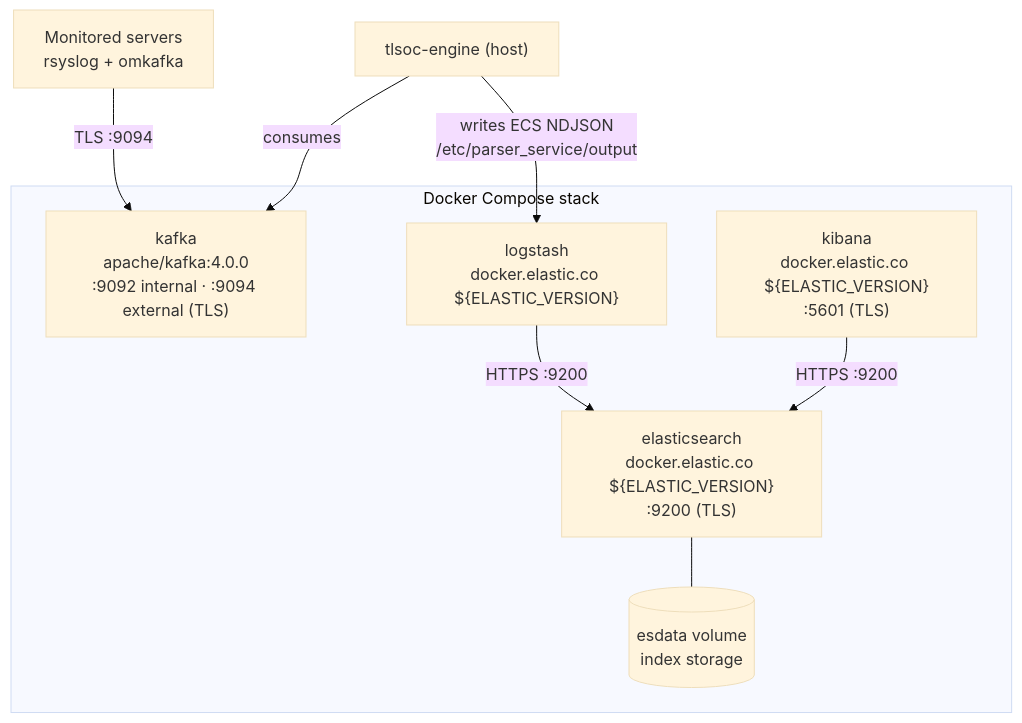
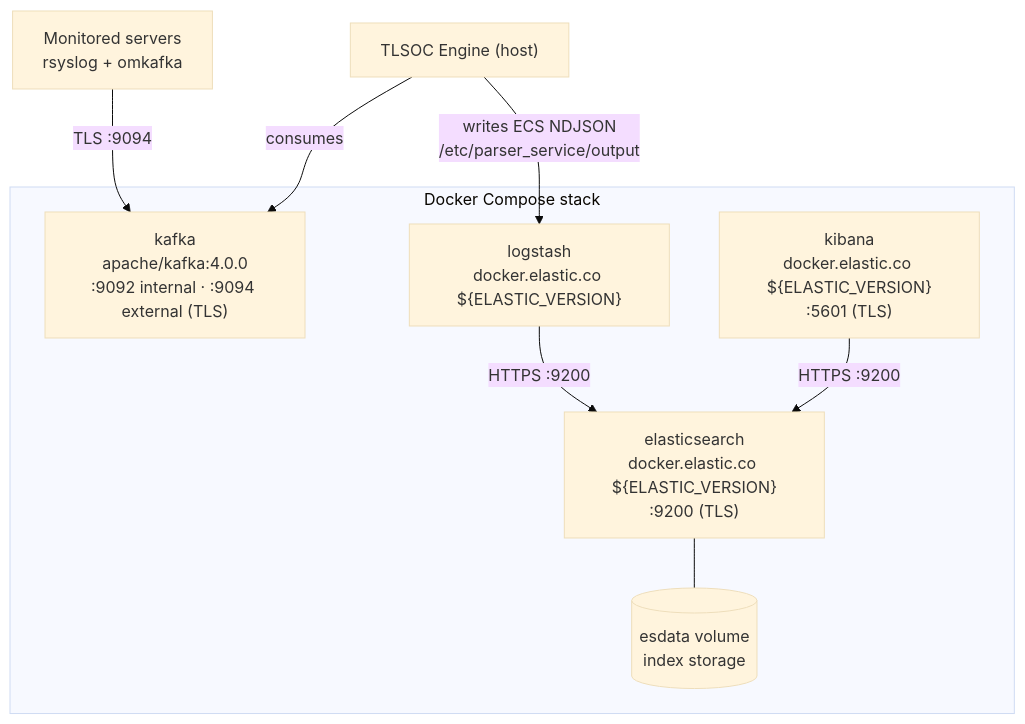
The diagram in docs/architecture.md (sankettaware16/TLSOCDockerDeploy), drawn with Mermaid (base theme) before and after one commit. The commit also changed other lines of this file and 8 other files, not shown here.

````diff
--- a/docs/architecture.md
+++ b/docs/architecture.md
@@ -9,16 +9,16 @@
 ```mermaid
 flowchart TB
     subgraph compose["Docker Compose stack"]
         K["kafka<br/>apache/kafka:4.0.0<br/>:9092 internal · :9094 external (TLS)"]
         LS["logstash<br/>docker.elastic.co ${ELASTIC_VERSION}"]
         ES["elasticsearch<br/>docker.elastic.co ${ELASTIC_VERSION}<br/>:9200 (TLS)"]
         KB["kibana<br/>docker.elastic.co ${ELASTIC_VERSION}<br/>:5601 (TLS)"]
         V[("esdata volume<br/>index storage")]
     end
     SRC["Monitored servers<br/>rsyslog + omkafka"] -- "TLS :9094" --> K
-    ENG["tlsoc-engine (host)"] -- "consumes" --> K
+    ENG["TLSOC Engine (host)"] -- "consumes" --> K
     ENG -- "writes ECS NDJSON<br/>/etc/parser_service/output" --> LS
     LS -- "HTTPS :9200" --> ES
     KB -- "HTTPS :9200" --> ES
     ES --- V
 ```
````
